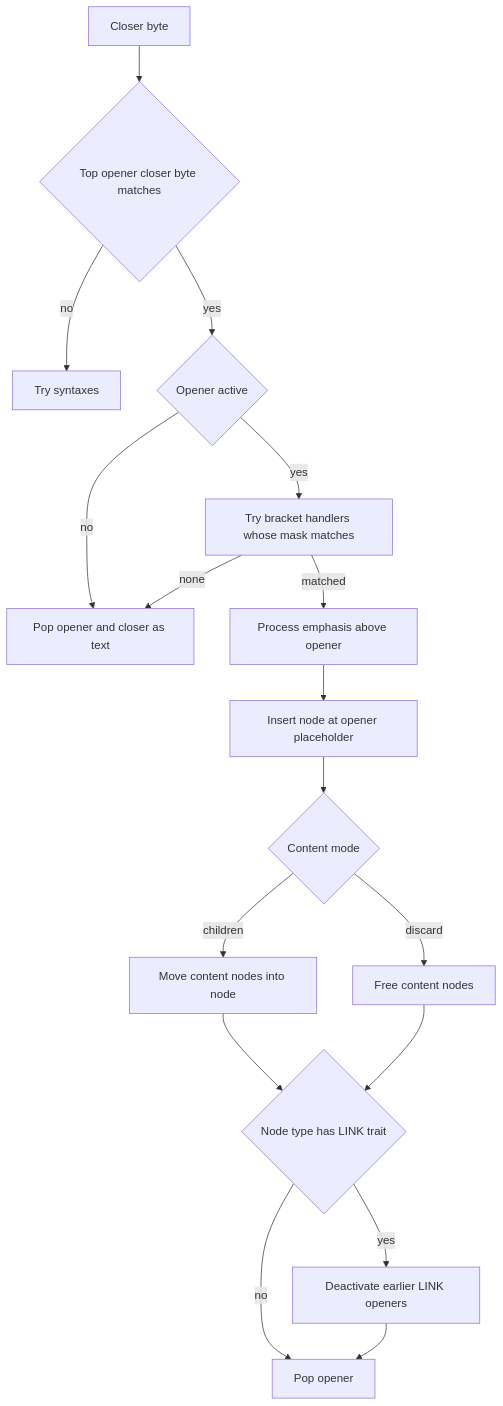
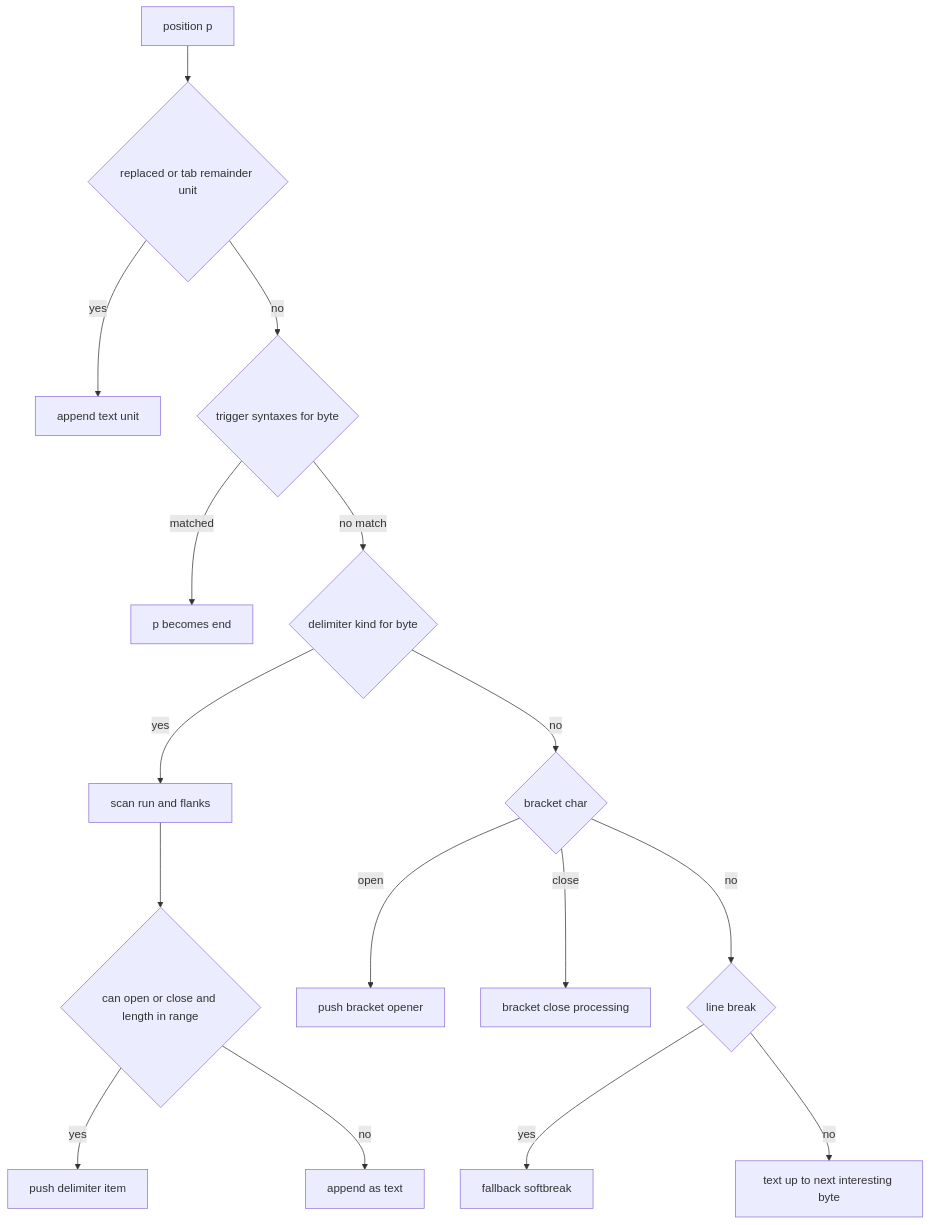
The third of 4 diagrams in .kiro/specs/inline-parser/design.md (ktdevx/amark-private2), drawn with Mermaid before and after one commit. The commit also changed other lines of this file and 4 other files, not shown here.

````diff
--- a/.kiro/specs/inline-parser/design.md
+++ b/.kiro/specs/inline-parser/design.md
@@ -272,19 +219,18 @@
 ```mermaid
-graph TB
-    Closer[Closer byte] --> Top{Top opener closer byte matches}
-    Top -->|no| Syntax[Try syntaxes]
-    Top -->|yes| Active{Opener active}
-    Active -->|no| PopText[Pop opener and closer as text]
-    Active -->|yes| Try[Try bracket handlers whose mask matches]
-    Try -->|none| PopText
-    Try -->|matched| Emph[Process emphasis above opener]
-    Emph --> Insert[Insert node at opener placeholder]
-    Insert --> Content{Content mode}
-    Content -->|children| Move[Move content nodes into node]
-    Content -->|discard| Free[Free content nodes]
-    Move --> Link{Node type has LINK trait}
-    Free --> Link
-    Link -->|yes| Deact[Deactivate earlier LINK openers]
-    Link -->|no| Pop[Pop opener]
-    Deact --> Pop
+flowchart TB
+    Pos[position p] --> Unit{replaced or tab remainder unit}
+    Unit -->|yes| TextUnit[append text unit]
+    Unit -->|no| Trig{trigger syntaxes for byte}
+    Trig -->|matched| Advance[p becomes end]
+    Trig -->|no match| Delim{delimiter kind for byte}
+    Delim -->|yes| Run[scan run and flanks]
+    Run --> Eligible{can open or close and length in range}
+    Eligible -->|yes| PushRun[push delimiter item]
+    Eligible -->|no| TextRun[append as text]
+    Delim -->|no| Br{bracket char}
+    Br -->|open| PushBr[push bracket opener]
+    Br -->|close| Close[bracket close processing]
+    Br -->|no| Nl{line break}
+    Nl -->|yes| Soft[fallback softbreak]
+    Nl -->|no| Plain[text up to next interesting byte]
 ```
````
